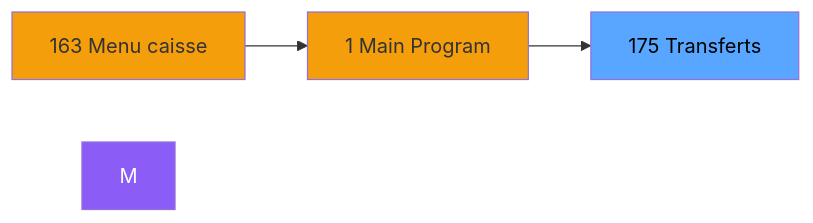
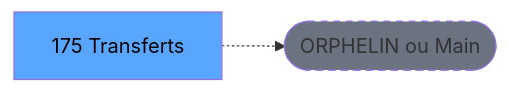
The second of 3 diagrams in .openspec/renders/ADH-IDE-175.md (thonyAGP/lecteur-magic), drawn with Mermaid before and after one commit. The commit also changed other lines of this file and 701 other files, not shown here.

````diff
--- a/.openspec/renders/ADH-IDE-175.md
+++ b/.openspec/renders/ADH-IDE-175.md
@@ -107,12 +119,8 @@
 ```mermaid
 graph LR
-    N163[163 Menu caisse ]
-    N1[1 Main Program]
     T[175 Transferts]
-    N163 --> N1
-    N1 --> T
-    style M fill:#8b5cf6,color:#fff
-    style N163 fill:#f59e0b
-    style N1 fill:#f59e0b
+    ORPHAN([ORPHELIN ou Main])
+    T -.-> ORPHAN
     style T fill:#58a6ff,color:#000
+    style ORPHAN fill:#6b7280,stroke-dasharray: 5 5
 ```
````
